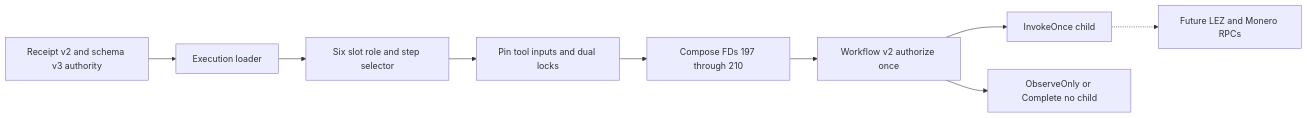
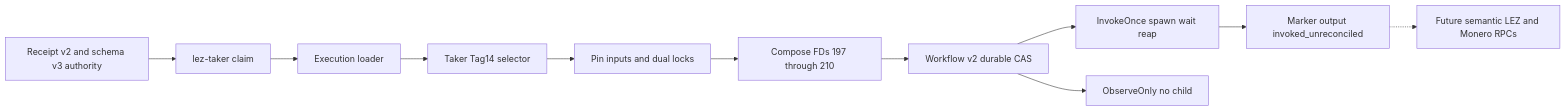
The ninth of 21 diagrams in docs/architecture/deployment-components-and-rpcs.md (gateway-fm/lez-atomic-swaps), drawn with Mermaid before and after one commit. The commit also changed other lines of this file and 10 other files, not shown here.

Commit message:
feat(m5): invoke XMR taker effects once

````diff
--- a/docs/architecture/deployment-components-and-rpcs.md
+++ b/docs/architecture/deployment-components-and-rpcs.md
@@ -861,11 +871,13 @@
 ```mermaid
 flowchart LR
-    Receipt["Receipt v2 and schema v3 authority"] --> Loader["Execution loader"]
-    Loader --> Select["Six slot role and step selector"]
-    Select --> Pin["Pin tool inputs and dual locks"]
+    Receipt["Receipt v2 and schema v3 authority"] --> Cli["lez-taker claim"]
+    Cli --> Loader["Execution loader"]
+    Loader --> Select["Taker Tag14 selector"]
+    Select --> Pin["Pin inputs and dual locks"]
     Pin --> Command["Compose FDs 197 through 210"]
-    Command --> Journal["Workflow v2 authorize once"]
-    Journal --> Winner["InvokeOnce child"]
-    Journal --> Replay["ObserveOnly or Complete no child"]
-    Winner -.-> Nodes["Future LEZ and Monero RPCs"]
+    Command --> Journal["Workflow v2 durable CAS"]
+    Journal --> Winner["InvokeOnce spawn wait reap"]
+    Journal --> Replay["ObserveOnly no child"]
+    Winner --> Marker["Marker output invoked_unreconciled"]
+    Marker -.-> Nodes["Future semantic LEZ and Monero RPCs"]
 ```
````
